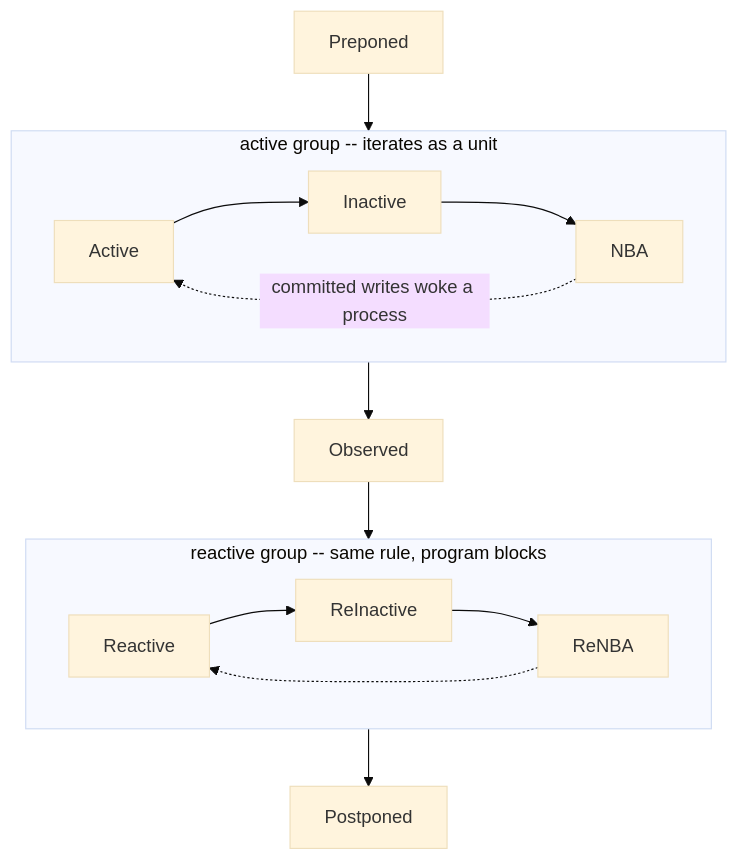
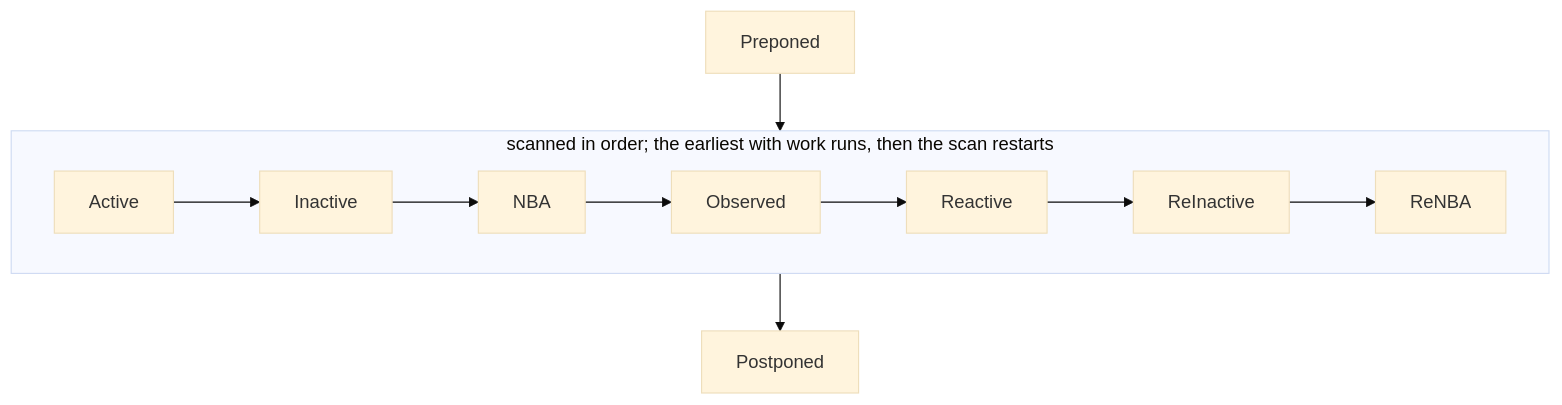
One commit to hankhsu1996/lyra changed the diagram in docs/architecture/scheduling.md. Above: the diagram before and after it, drawn with Mermaid (base theme). The commit also changed other lines of this file and 42 other files, not shown here.

````diff
--- a/docs/architecture/scheduling.md
+++ b/docs/architecture/scheduling.md
@@ -82,16 +98,9 @@
 ```mermaid
 flowchart TB
-  P[Preponed] --> AG
-  subgraph AG [active group -- iterates as a unit]
+  P[Preponed] --> S
+  subgraph S [scanned in order; the earliest with work runs, then the scan restarts]
     direction LR
-    ACT[Active] --> INA[Inactive] --> NBA
-    NBA -.->|committed writes woke a process| ACT
+    A[Active] --> I[Inactive] --> N[NBA] --> O[Observed] --> R[Reactive] --> RI[ReInactive] --> RN[ReNBA]
   end
-  AG --> OBS[Observed] --> RG
-  subgraph RG [reactive group -- same rule, program blocks]
-    direction LR
-    RE[Reactive] --> REI[ReInactive] --> RNB[ReNBA]
-    RNB -.-> RE
-  end
-  RG --> POST[Postponed]
+  S --> POST[Postponed]
 ```
````
